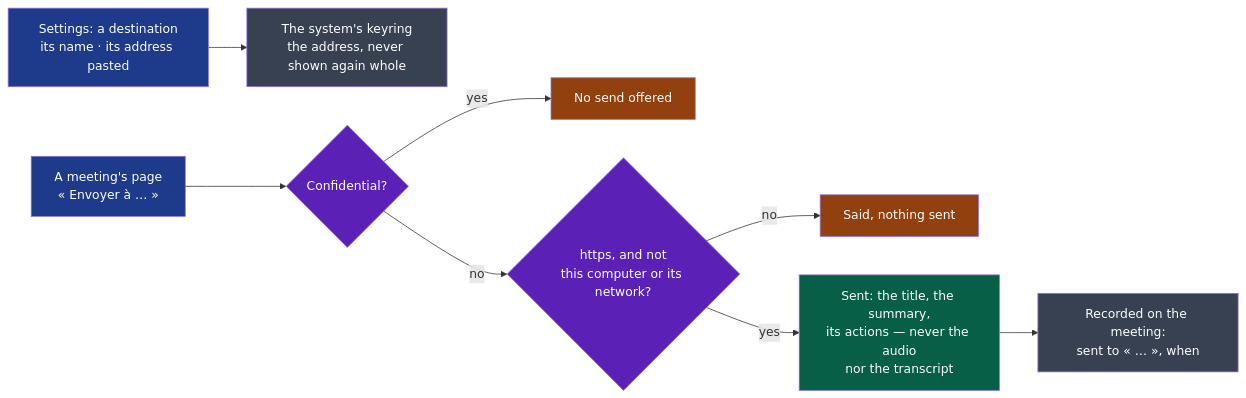
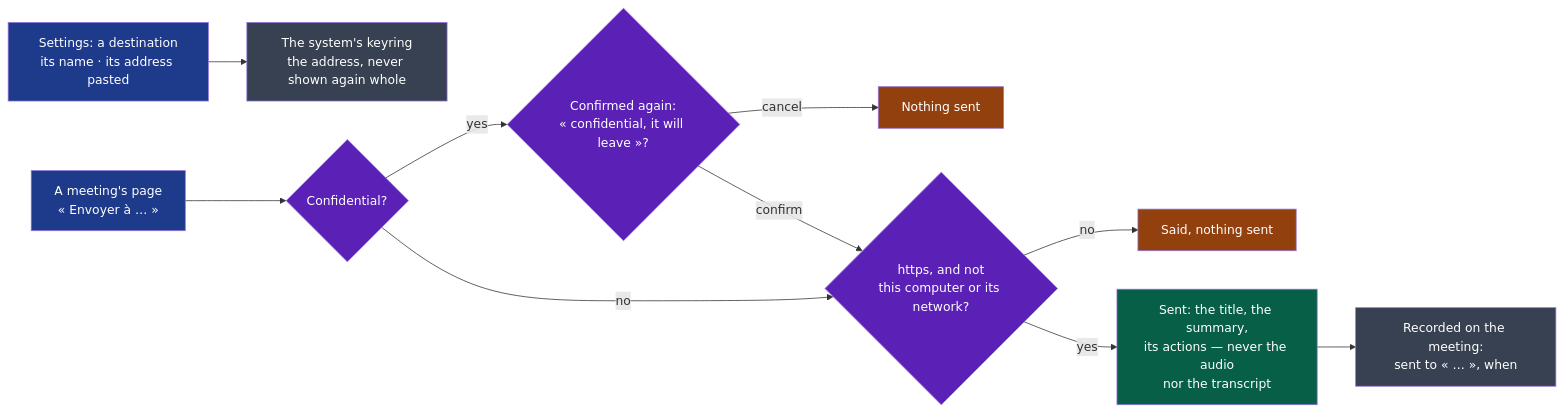
Before and after one commit to NapkinStack/kitokey: the diagram in docs/pdr/0007-a-summary-leaves-for-a-channel-on-a-gesture-never-a-confidential-one.md, drawn with Mermaid. The commit also changed other lines of this file, not shown here.

First line of the commit message:
PDR-0007 amended: a confidential meeting is transcribed and summarised here alone, and sent only on an explicit confirmation

````diff
--- a/docs/pdr/0007-a-summary-leaves-for-a-channel-on-a-gesture-never-a-confidential-one.md
+++ b/docs/pdr/0007-a-summary-leaves-for-a-channel-on-a-gesture-never-a-confidential-one.md
@@ -21,15 +27,17 @@
 ```mermaid
 flowchart LR
     S["Settings: a destination<br/>its name · its address pasted"]:::user --> K["The system's keyring<br/>the address, never shown again whole"]:::keep
     P["A meeting's page<br/>« Envoyer à … »"]:::user --> C{"Confidential?"}:::rule
-    C -->|"yes"| N["No send offered"]:::no
+    C -->|"yes"| Q{"Confirmed again:<br/>« confidential, it will leave »?"}:::rule
+    Q -->|"cancel"| N["Nothing sent"]:::no
+    Q -->|"confirm"| A
     C -->|"no"| A{"https, and not<br/>this computer or its network?"}:::rule
     A -->|"no"| R["Said, nothing sent"]:::no
     A -->|"yes"| W["Sent: the title, the summary,<br/>its actions — never the audio<br/>nor the transcript"]:::out
     W --> L["Recorded on the meeting:<br/>sent to « … », when"]:::keep
     classDef user fill:#1e3a8a,color:#fff
     classDef rule fill:#5b21b6,color:#fff
     classDef keep fill:#374151,color:#fff
     classDef out fill:#065f46,color:#fff
     classDef no fill:#92400e,color:#fff
 ```
````
